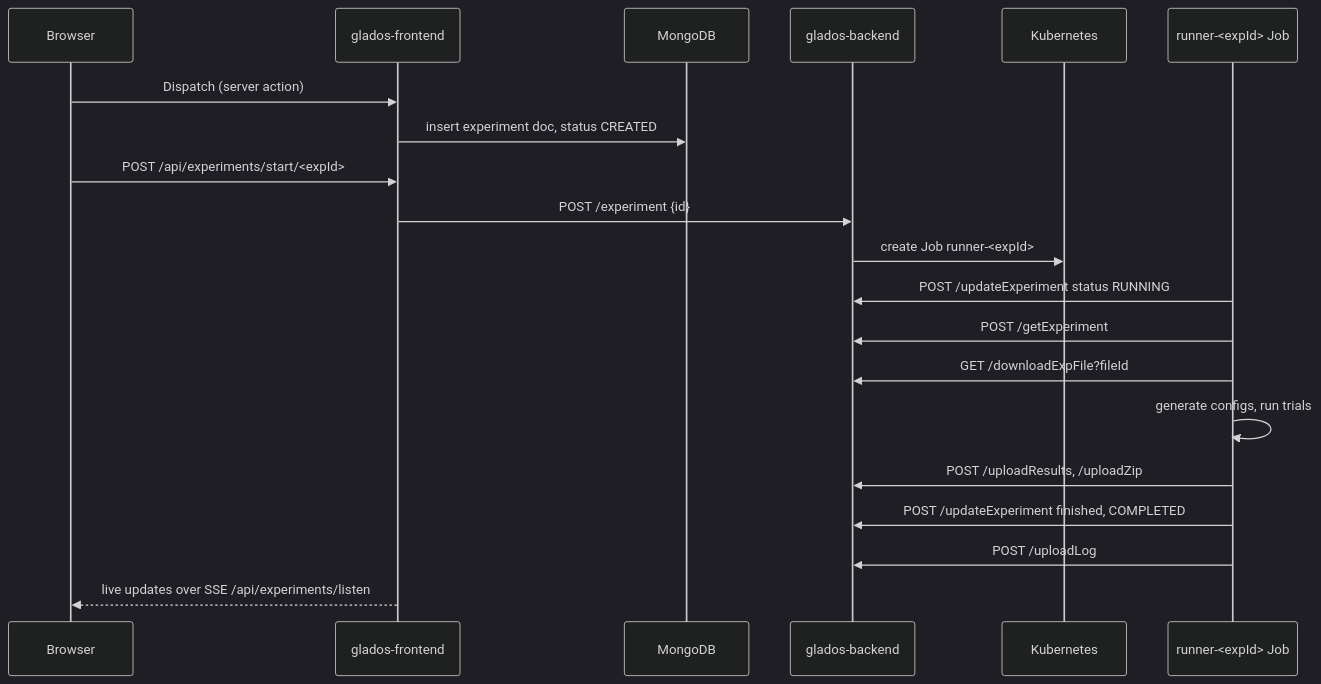
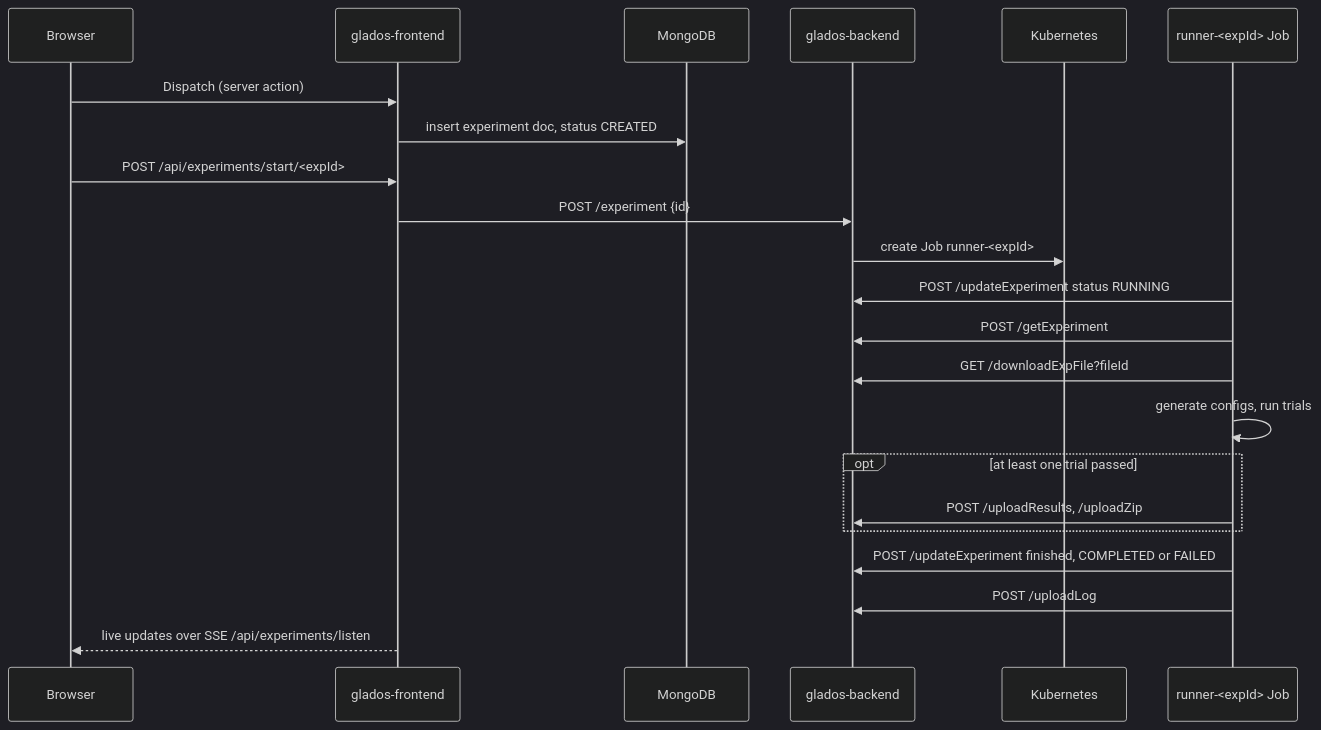
Before and after one commit to AutomatingSciencePipeline/Monorepo: the diagram in docs/docs/tutorial/experiment_walkthrough.md, drawn with Mermaid (dark theme). The commit also changed other lines of this file, not shown here.

First line of the commit message:
Update experiment walkthrough for FAILED status and trial counting

````diff
--- a/docs/docs/tutorial/experiment_walkthrough.md
+++ b/docs/docs/tutorial/experiment_walkthrough.md
@@ -114,22 +114,24 @@
 ```mermaid
 sequenceDiagram
     participant UI as Browser
     participant FE as glados-frontend
     participant DB as MongoDB
     participant BE as glados-backend
     participant K8s as Kubernetes
     participant R as runner-<expId> Job
     UI->>FE: Dispatch (server action)
     FE->>DB: insert experiment doc, status CREATED
     UI->>FE: POST /api/experiments/start/<expId>
     FE->>BE: POST /experiment {id}
     BE->>K8s: create Job runner-<expId>
     R->>BE: POST /updateExperiment status RUNNING
     R->>BE: POST /getExperiment
     R->>BE: GET /downloadExpFile?fileId
     R->>R: generate configs, run trials
-    R->>BE: POST /uploadResults, /uploadZip
-    R->>BE: POST /updateExperiment finished, COMPLETED
+    opt at least one trial passed
+        R->>BE: POST /uploadResults, /uploadZip
+    end
+    R->>BE: POST /updateExperiment finished, COMPLETED or FAILED
     R->>BE: POST /uploadLog
     FE-->>UI: live updates over SSE /api/experiments/listen
 ```
````
